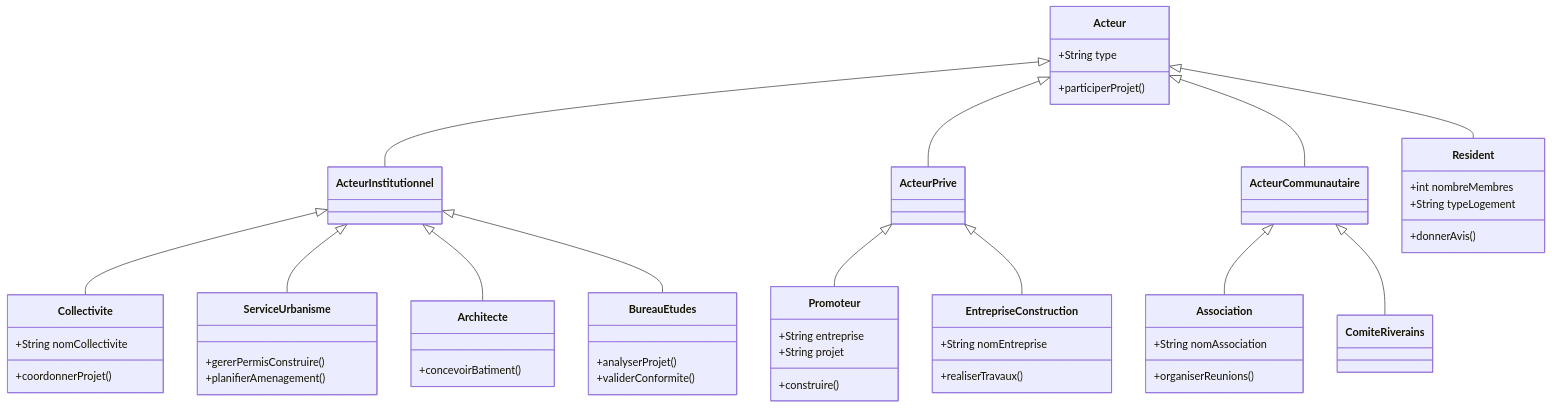
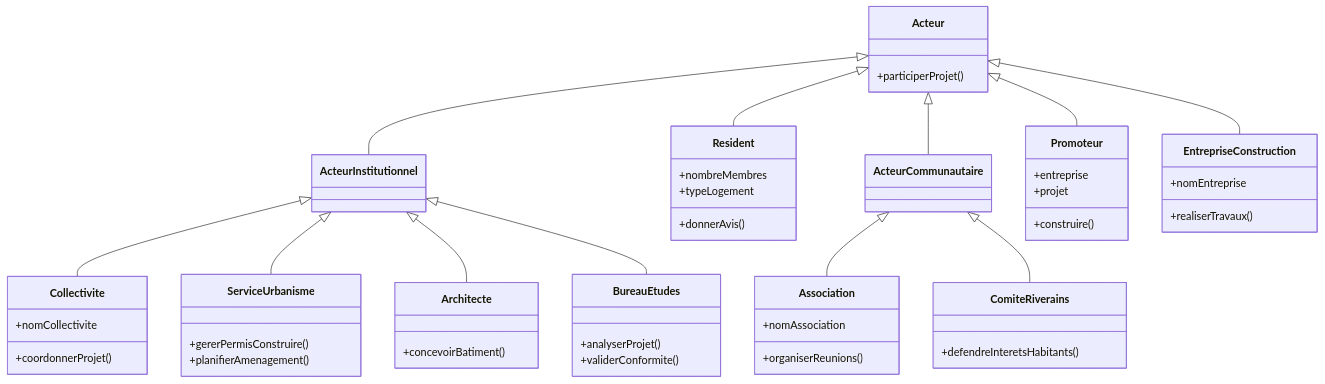
The diagram in acteursTGY95.md (kahiarchi/plaine---saint--Denis---batiment-), drawn with Mermaid before and after one commit.

````diff
--- a/acteursTGY95.md
+++ b/acteursTGY95.md
@@ -1,71 +1,75 @@
 ```mermaid
 
 classDiagram
-    
-    class Acteur {
-        +String type
-        +participerProjet()
-    }
 
-    Acteur <|-- ActeurInstitutionnel
-    Acteur <|-- ActeurPrive
-    Acteur <|-- ActeurCommunautaire
-    Acteur <|-- Resident
+%% --- Classe mère ---
+class Acteur {
+    +participerProjet()
+}
 
-    
-    ActeurInstitutionnel <|-- Collectivite
-    ActeurInstitutionnel <|-- ServiceUrbanisme
-    ActeurInstitutionnel <|-- Architecte
-    ActeurInstitutionnel <|-- BureauEtudes
+%% --- Catégories d'acteurs ---
+Acteur <|-- ActeurInstitutionnel
+Acteur <|-- Resident
+Acteur <|-- ActeurCommunautaire
 
- 
-    ActeurPrive <|-- Promoteur
-    ActeurPrive <|-- EntrepriseConstruction
+%% --- Acteurs institutionnels ---
+ActeurInstitutionnel <|-- Collectivite
+ActeurInstitutionnel <|-- ServiceUrbanisme
+ActeurInstitutionnel <|-- Architecte
+ActeurInstitutionnel <|-- BureauEtudes
 
- 
-    ActeurCommunautaire <|-- Association
-    ActeurCommunautaire <|-- ComiteRiverains
+%% --- Acteurs privés ---
+Acteur <|-- Promoteur
+Acteur <|-- EntrepriseConstruction
 
-   
+%% --- Acteurs communautaires ---
+ActeurCommunautaire <|-- Association
+ActeurCommunautaire <|-- ComiteRiverains
 
-    class Resident {
-        +int nombreMembres
-        +String typeLogement
-        +donnerAvis()
-    }
+%% --- Détails des classes ---
+class Resident {
+    +nombreMembres
+    +typeLogement
+    +donnerAvis()
+}
 
-    class Promoteur {
-        +String entreprise
-        +String projet
-        +construire()
-    }
+class Promoteur {
+    +entreprise
+    +projet
+    +construire()
+}
 
-    class EntrepriseConstruction {
-        +String nomEntreprise
-        +realiserTravaux()
-    }
+class EntrepriseConstruction {
+    +nomEntreprise
+    +realiserTravaux()
+}
 
-    class Collectivite {
-        +String nomCollectivite
-        +coordonnerProjet()
-    }
+class Collectivite {
+    +nomCollectivite
+    +coordonnerProjet()
+}
 
-    class ServiceUrbanisme {
-        +gererPermisConstruire()
-        +planifierAmenagement()
-    }
+class ServiceUrbanisme {
+    +gererPermisConstruire()
+    +planifierAmenagement()
+}
 
-    class Architecte {
-        +concevoirBatiment()
-    }
+class Architecte {
+    +concevoirBatiment()
+}
 
-    class BureauEtudes {
-        +analyserProjet()
-        +validerConformite()
-    }
+class BureauEtudes {
+    +analyserProjet()
+    +validerConformite()
+}
 
-    class Association {
-        +String nomAssociation
-        +organiserReunions()
-    }
+class Association {
+    +nomAssociation
+    +organiserReunions()
+}
+
+class ComiteRiverains {
+    +defendreInteretsHabitants()
+}
+
 ```
````
